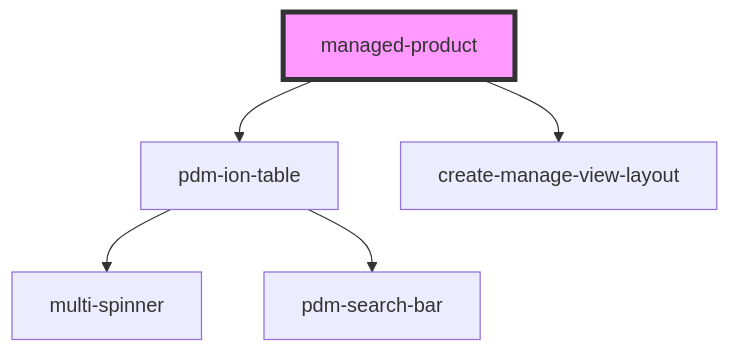
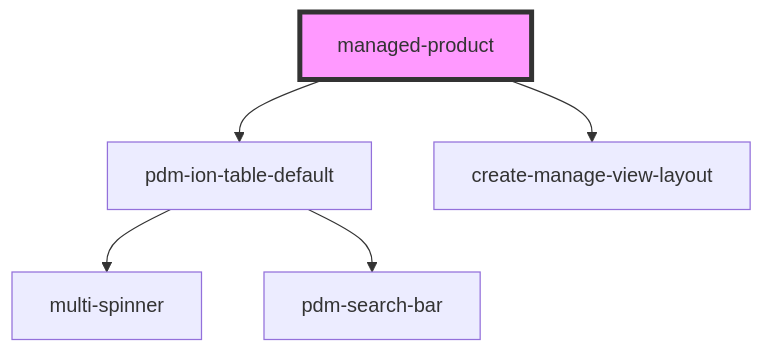
The diagram in pdm-web-components/src/components/managed-product/readme.md (PharmaLedger-IMI/fgt-workspace), drawn with Mermaid before and after one commit. The commit also changed other lines of this file and 4 other files, not shown here.

````diff
--- a/pdm-web-components/src/components/managed-product/readme.md
+++ b/pdm-web-components/src/components/managed-product/readme.md
@@ -69,8 +69,8 @@
 ```mermaid
 graph TD;
-  managed-product --> pdm-ion-table
+  managed-product --> pdm-ion-table-default
   managed-product --> create-manage-view-layout
-  pdm-ion-table --> multi-spinner
-  pdm-ion-table --> pdm-search-bar
+  pdm-ion-table-default --> multi-spinner
+  pdm-ion-table-default --> pdm-search-bar
   style managed-product fill:#f9f,stroke:#333,stroke-width:4px
 ```
````
